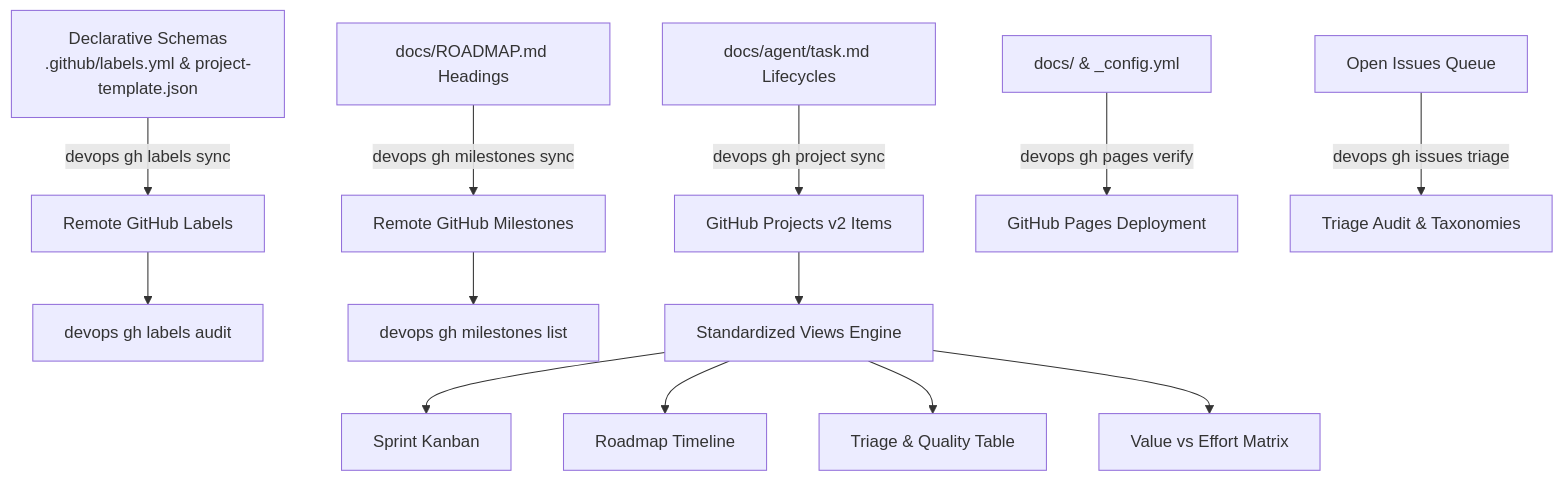
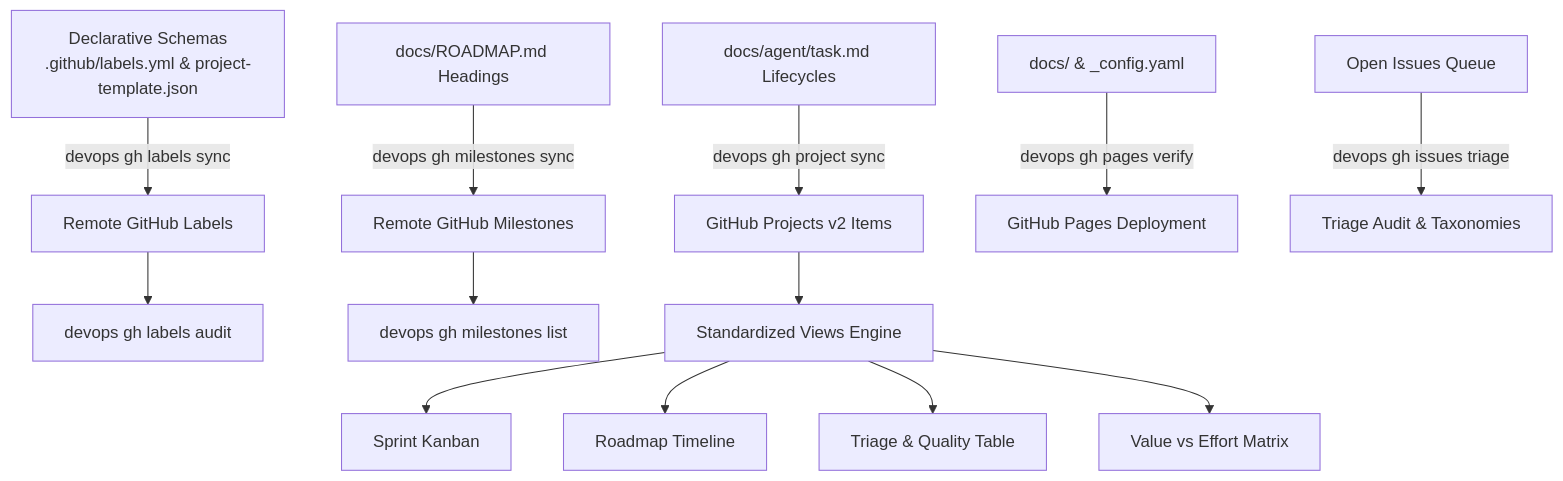
One commit to dan-petty/devops-cli changed the diagram in src/devops_cli/ai/knowledge_base/devops_cli/tasks/github_project_management.md. Above: the diagram before and after it, drawn with Mermaid. The commit also changed other lines of this file and 6 other files, not shown here.

Commit message:
fix(docs): align jekyll configuration file naming to _config.yaml

````diff
--- a/src/devops_cli/ai/knowledge_base/devops_cli/tasks/github_project_management.md
+++ b/src/devops_cli/ai/knowledge_base/devops_cli/tasks/github_project_management.md
@@ -17,15 +17,15 @@
 ```mermaid
 graph TD
     A[Declarative Schemas<br/>.github/labels.yml & project-template.json] -->|devops gh labels sync| B[Remote GitHub Labels]
     C[docs/ROADMAP.md Headings] -->|devops gh milestones sync| D[Remote GitHub Milestones]
     E[docs/agent/task.md Lifecycles] -->|devops gh project sync| F[GitHub Projects v2 Items]
-    G[docs/ & _config.yml] -->|devops gh pages verify| H[GitHub Pages Deployment]
+    G[docs/ & _config.yaml] -->|devops gh pages verify| H[GitHub Pages Deployment]
     I[Open Issues Queue] -->|devops gh issues triage| J[Triage Audit & Taxonomies]
     B --> K[devops gh labels audit]
     D --> L[devops gh milestones list]
     F --> M[Standardized Views Engine]
     M --> N[Sprint Kanban]
     M --> O[Roadmap Timeline]
     M --> P[Triage & Quality Table]
     M --> Q[Value vs Effort Matrix]
 ```
````
